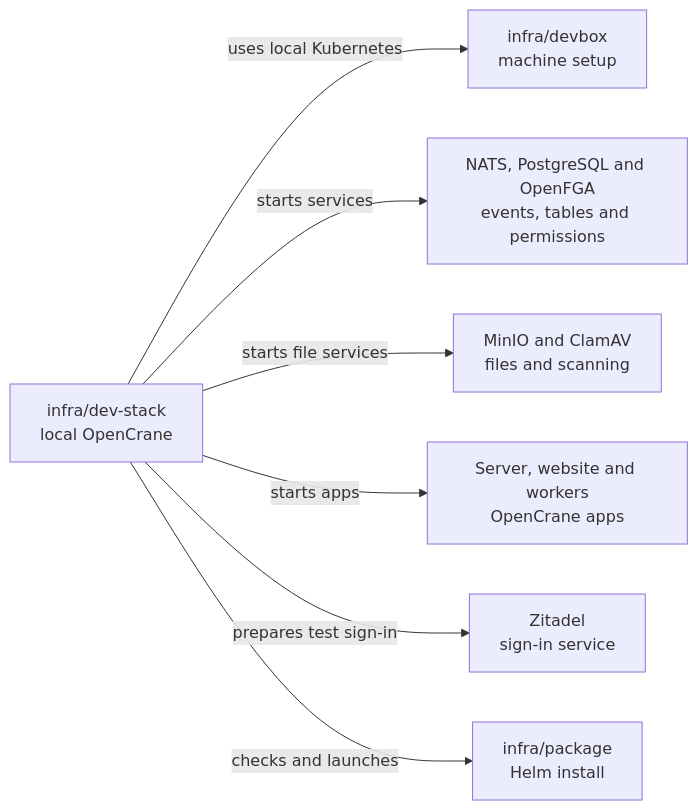
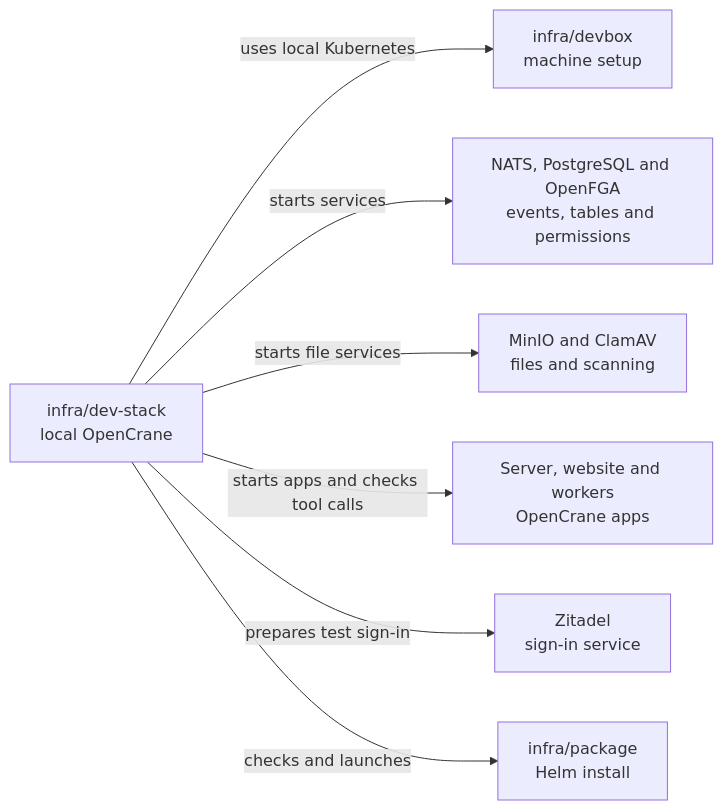
The diagram in infra/dev-stack/README.md (elewa-git/opencrane-new), drawn with Mermaid before and after one commit. The commit also changed 3 other files, not shown here.

````diff
--- a/infra/dev-stack/README.md
+++ b/infra/dev-stack/README.md
@@ -17,9 +17,9 @@
 ```mermaid
 flowchart LR
   stack["infra/dev-stack<br/>local OpenCrane"] -->|uses local Kubernetes| devbox["infra/devbox<br/>machine setup"]
   stack -->|starts services| services["NATS, PostgreSQL and OpenFGA<br/>events, tables and permissions"]
   stack -->|starts file services| files["MinIO and ClamAV<br/>files and scanning"]
-  stack -->|starts apps| apps["Server, website and workers<br/>OpenCrane apps"]
+  stack -->|starts apps and checks tool calls| apps["Server, website and workers<br/>OpenCrane apps"]
   stack -->|prepares test sign-in| zitadel["Zitadel<br/>sign-in service"]
   stack -->|checks and launches| package["infra/package<br/>Helm install"]
 ```
````
